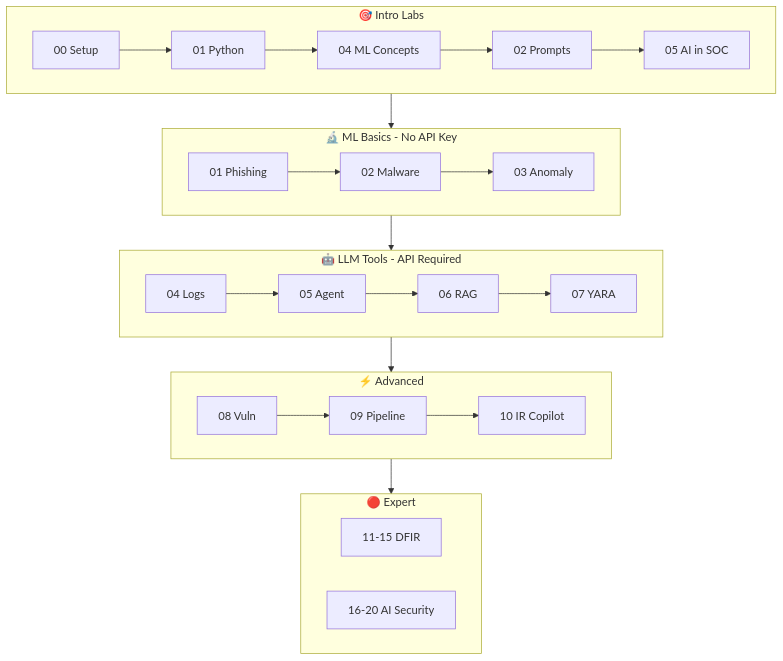
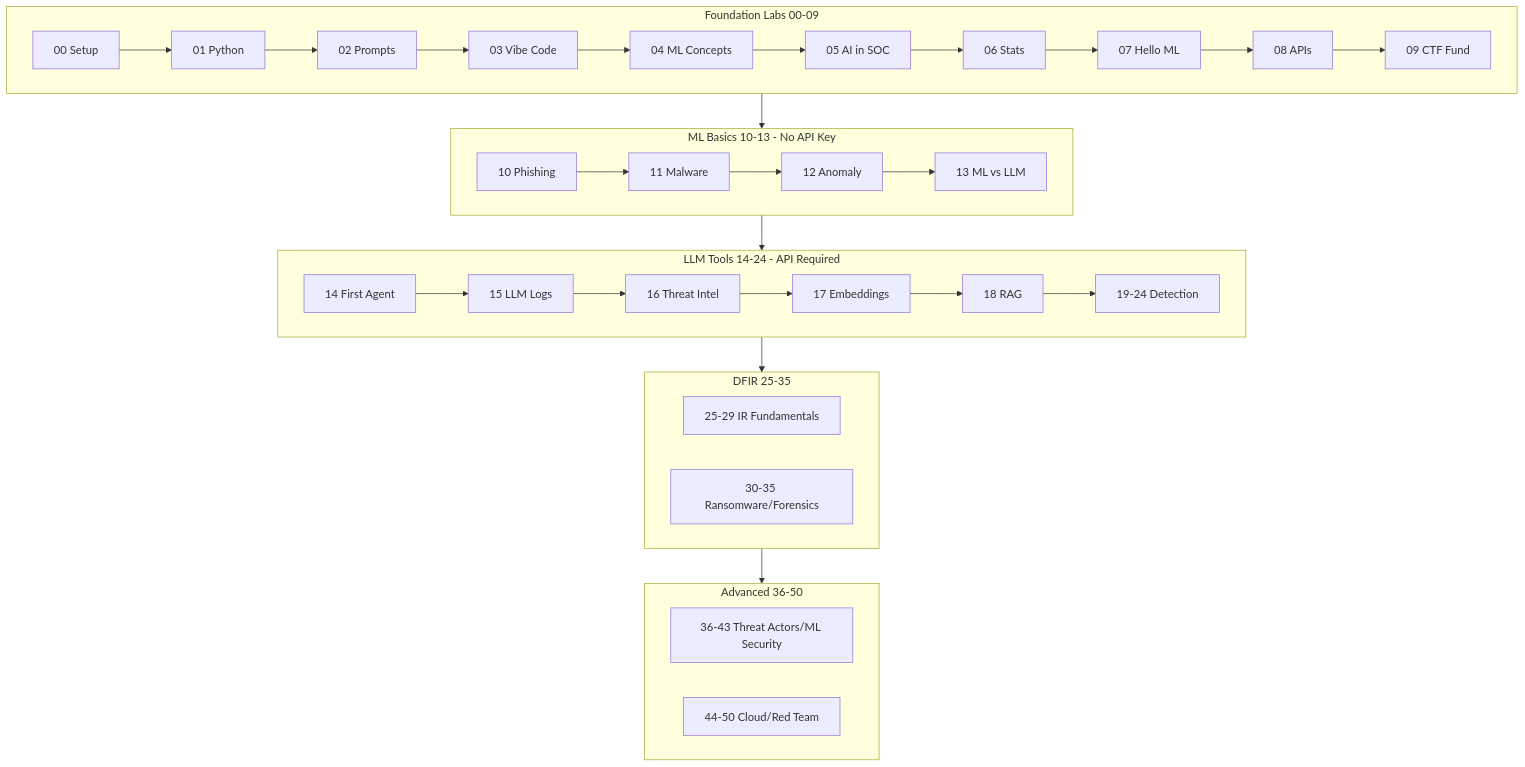
The first of 2 diagrams in docs/ARCHITECTURE.md (depalmar/ai_for_the_win), drawn with Mermaid before and after one commit. The commit also changed other lines of this file and 2 other files, not shown here.

Commit message:
fix(docs): update CTF prerequisites and architecture doc lab numbering
- Update ctf/README.md prerequisite lab numbers to match actual labs
- Fix docs/ARCHITECTURE.md diagram with correct lab ranges (00-50)
- Update directory structure to show 50+ labs
- Update version history to reflect current state
- Add test_ctf_prerequisite_labs_exist to verify CTF lab references
- Add test_architecture_doc_lab_count to catch outdated lab counts

````diff
--- a/docs/ARCHITECTURE.md
+++ b/docs/ARCHITECTURE.md
@@ -37,35 +37,43 @@
 ```mermaid
 flowchart TB
-    subgraph intro [🎯 Intro Labs]
-        A00[00 Setup] --> A00a[01 Python]
-        A00a --> A00b[04 ML Concepts]
-        A00b --> A00c[02 Prompts]
-        A00c --> A00d[05 AI in SOC]
+    subgraph foundation [Foundation Labs 00-09]
+        A00[00 Setup] --> A01[01 Python]
+        A01 --> A02[02 Prompts]
+        A02 --> A03[03 Vibe Code]
+        A03 --> A04[04 ML Concepts]
+        A04 --> A05[05 AI in SOC]
+        A05 --> A06[06 Stats]
+        A06 --> A07[07 Hello ML]
+        A07 --> A08[08 APIs]
+        A08 --> A09[09 CTF Fund]
     end
 
-    subgraph ml [🔬 ML Basics - No API Key]
-        B01[01 Phishing] --> B02[02 Malware]
-        B02 --> B03[03 Anomaly]
+    subgraph ml [ML Basics 10-13 - No API Key]
+        B10[10 Phishing] --> B11[11 Malware]
+        B11 --> B12[12 Anomaly]
+        B12 --> B13[13 ML vs LLM]
     end
 
-    subgraph llm [🤖 LLM Tools - API Required]
-        C04[04 Logs] --> C05[05 Agent]
-        C05 --> C06[06 RAG]
-        C06 --> C07[07 YARA]
+    subgraph llm [LLM Tools 14-24 - API Required]
+        C14[14 First Agent] --> C15[15 LLM Logs]
+        C15 --> C16[16 Threat Intel]
+        C16 --> C17[17 Embeddings]
+        C17 --> C18[18 RAG]
+        C18 --> C19[19-24 Detection]
     end
 
-    subgraph adv [⚡ Advanced]
-        D08[08 Vuln] --> D09[09 Pipeline]
-        D09 --> D10[10 IR Copilot]
+    subgraph dfir [DFIR 25-35]
+        D25[25-29 IR Fundamentals]
+        D30[30-35 Ransomware/Forensics]
     end
 
-    subgraph expert [🔴 Expert]
-        E11[11-15 DFIR]
-        E16[16-20 AI Security]
+    subgraph advanced [Advanced 36-50]
+        E36[36-43 Threat Actors/ML Security]
+        E44[44-50 Cloud/Red Team]
     end
 
-    intro --> ml
+    foundation --> ml
     ml --> llm
-    llm --> adv
-    adv --> expert
+    llm --> dfir
+    dfir --> advanced
 ```
````
